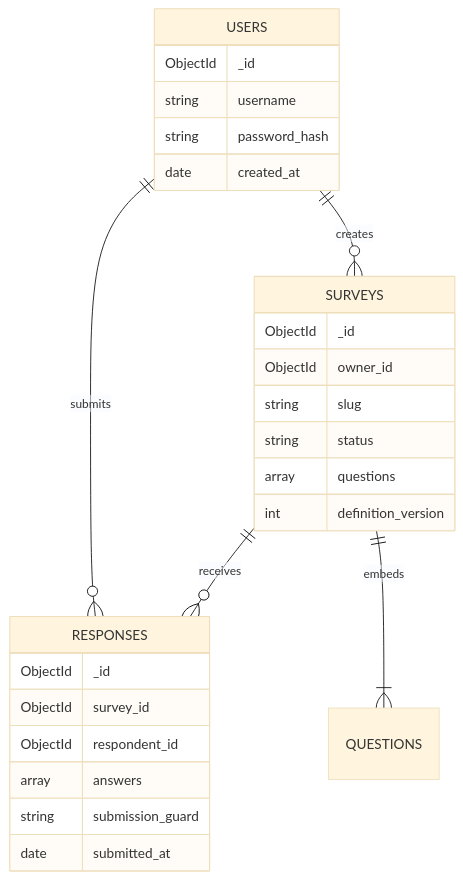
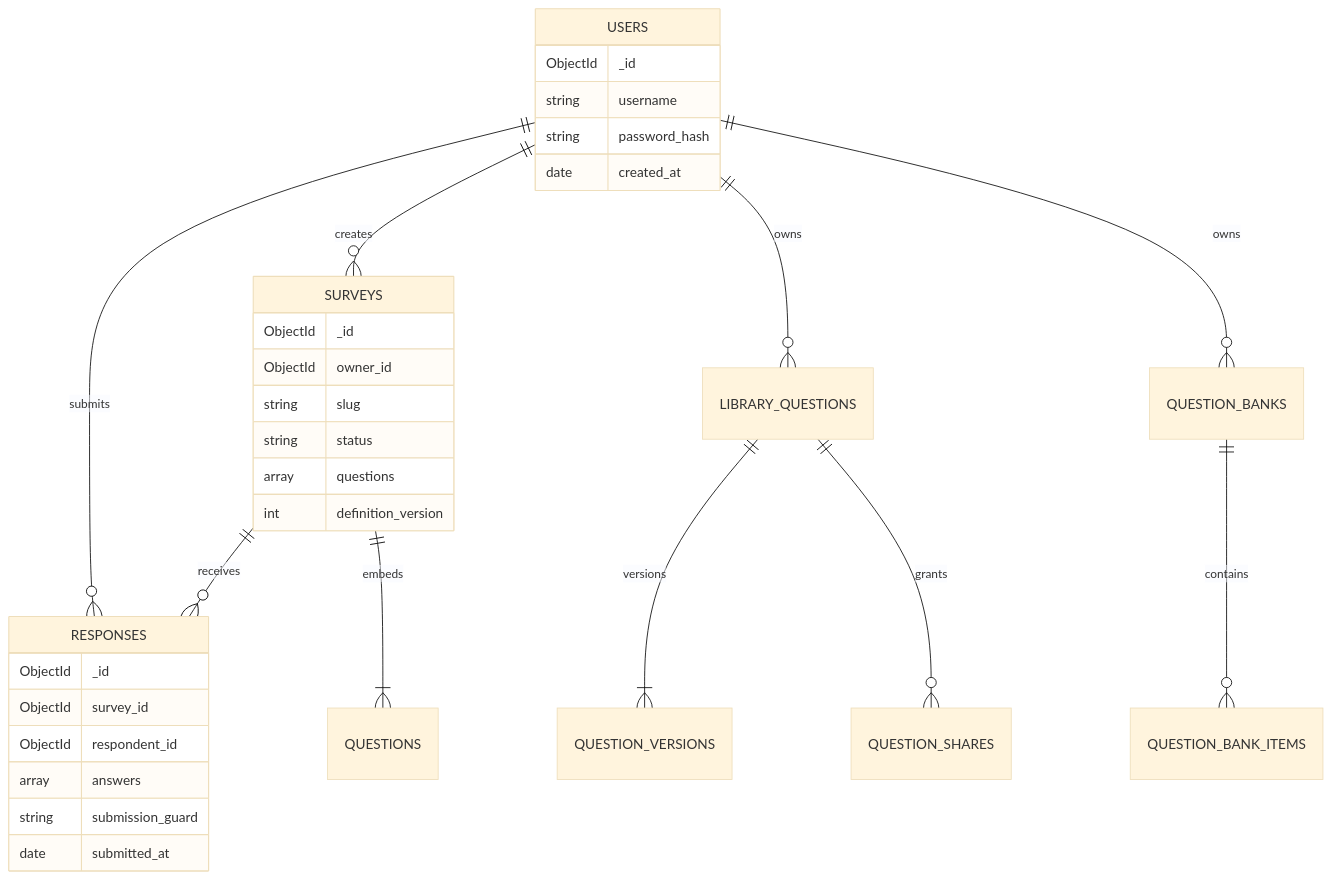
Before and after one commit to kinnekovo/Data-Management-System: the diagram in docs/database-design.md, drawn with Mermaid (base theme). The commit also changed other lines of this file and 31 other files, not shown here.

````diff
--- a/docs/database-design.md
+++ b/docs/database-design.md
@@ -13,30 +13,35 @@
 ```mermaid
 erDiagram
     USERS ||--o{ SURVEYS : creates
     USERS ||--o{ RESPONSES : submits
     SURVEYS ||--o{ RESPONSES : receives
     SURVEYS ||--|{ QUESTIONS : embeds
+    USERS ||--o{ LIBRARY_QUESTIONS : owns
+    LIBRARY_QUESTIONS ||--|{ QUESTION_VERSIONS : versions
+    LIBRARY_QUESTIONS ||--o{ QUESTION_SHARES : grants
+    USERS ||--o{ QUESTION_BANKS : owns
+    QUESTION_BANKS ||--o{ QUESTION_BANK_ITEMS : contains
 
     USERS {
         ObjectId _id
         string username
         string password_hash
         date created_at
     }
     SURVEYS {
         ObjectId _id
         ObjectId owner_id
         string slug
         string status
         array questions
         int definition_version
     }
     RESPONSES {
         ObjectId _id
         ObjectId survey_id
         ObjectId respondent_id
         array answers
         string submission_guard
         date submitted_at
     }
 ```
````
